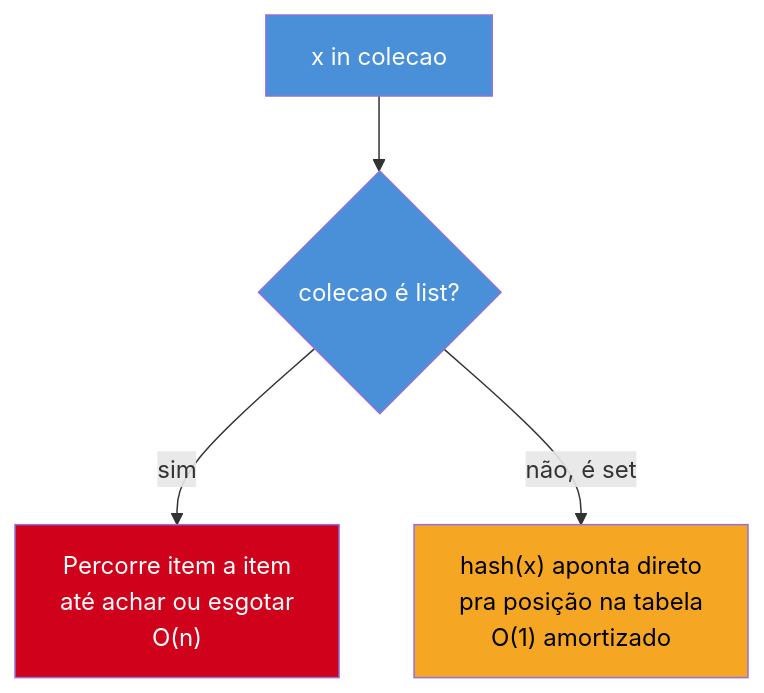
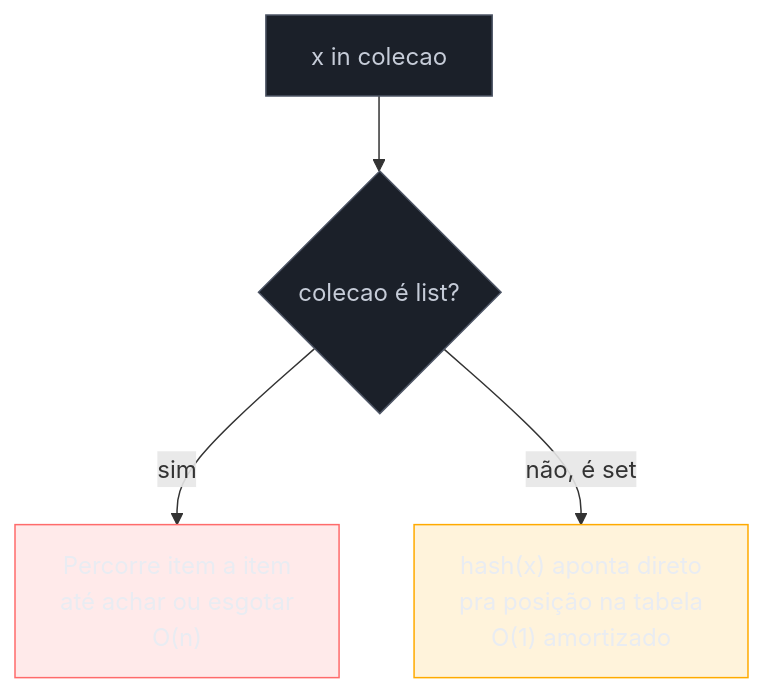
Before and after one commit to josenaldo/codex-technomanticus: the second of 2 diagrams in 03-Dominios/Tecnologia/Python/Collections e Comprehensions/04 - Sets.md, drawn with Mermaid. The commit also changed other lines of this file and 1181 other files, not shown here.

First line of the commit message:
fix(diagramas): paleta do sistema no lugar de cor cravada no markdown

````diff
--- a/03-Dominios/Tecnologia/Python/Collections e Comprehensions/04 - Sets.md
+++ b/03-Dominios/Tecnologia/Python/Collections e Comprehensions/04 - Sets.md
@@ -205,11 +208,14 @@
 ```mermaid
 flowchart TB
+    classDef neutro fill:#1B2029,stroke:#4E5666,color:#C6CCD8
+    classDef falha fill:#FF6B6B24,stroke:#FF6B6B,color:#E9ECF2
+    classDef destaque fill:#FFAA0024,stroke:#FFAA00,color:#E9ECF2
     Q["x in colecao"] --> L{"colecao é list?"}
     L -->|"sim"| SC["Percorre item a item\naté achar ou esgotar\nO(n)"]
     L -->|"não, é set"| HS["hash(x) aponta direto\npra posição na tabela\nO(1) amortizado"]
 
-    style Q fill:#4A90D9,color:#fff
-    style L fill:#4A90D9,color:#fff
-    style SC fill:#D0021B,color:#fff
-    style HS fill:#F5A623,color:#000
+    class Q neutro
+    class L neutro
+    class SC falha
+    class HS destaque
 ```
````
